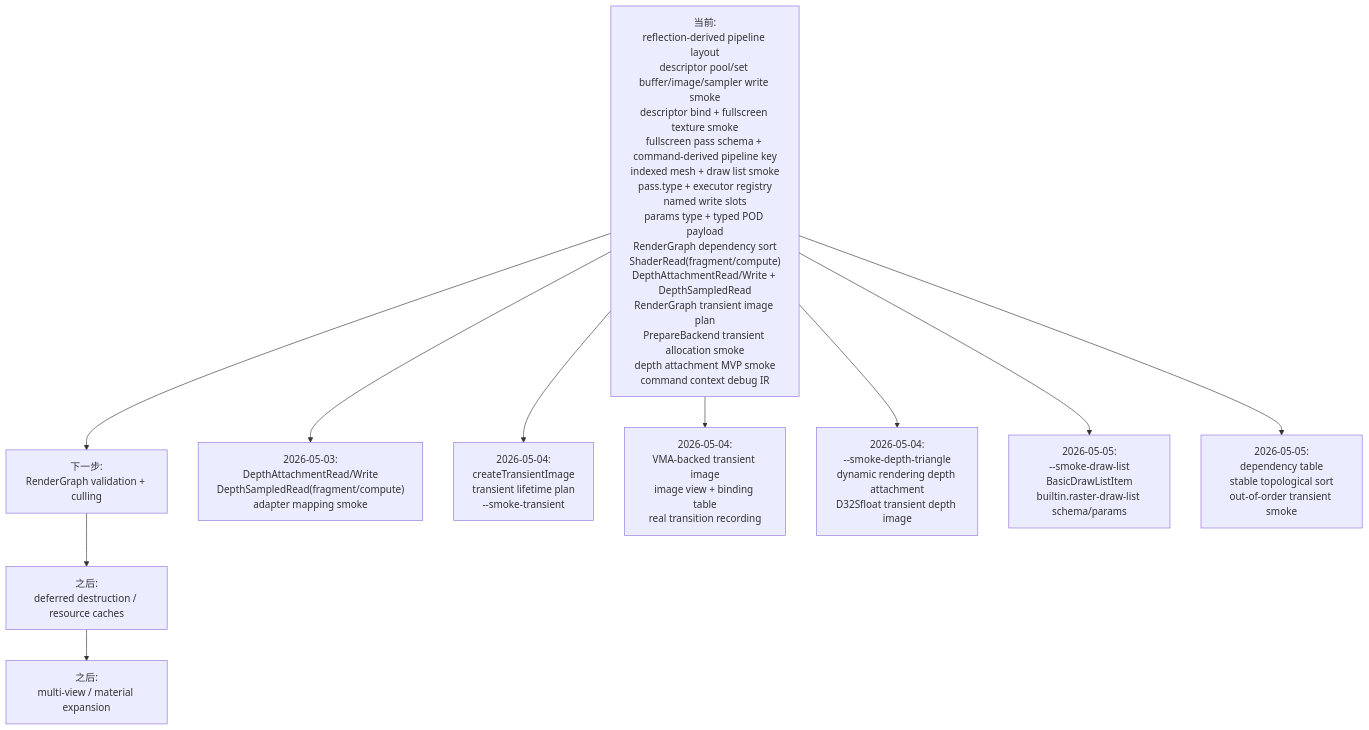
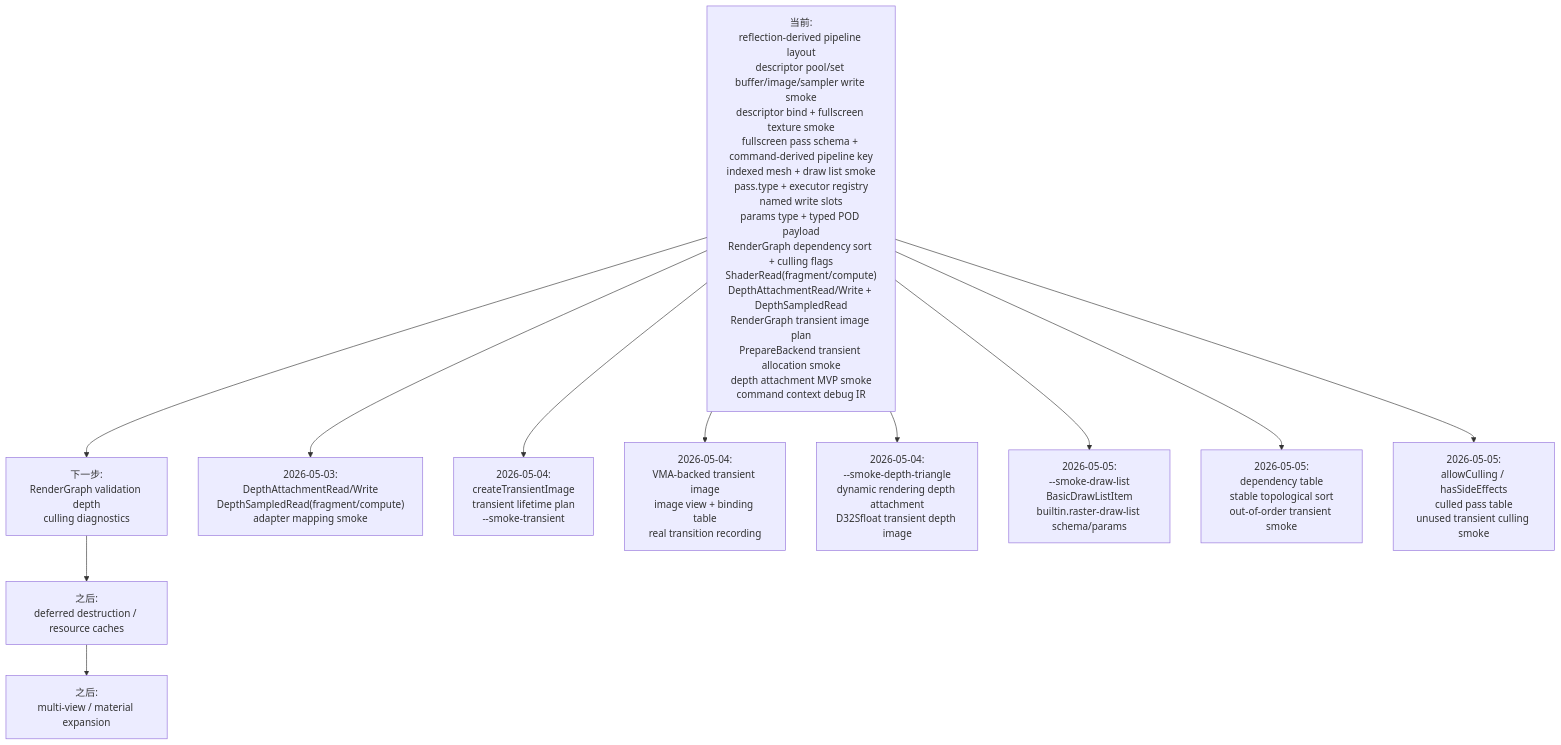
Before and after one commit to 66six11/Engine: diagram 14 of 14 in docs/flow-architecture.md, drawn with Mermaid. The commit also changed other lines of this file and 7 other files, not shown here.

Commit message:
feat(rendergraph): tighten graph validation and culling

````diff
--- a/docs/flow-architecture.md
+++ b/docs/flow-architecture.md
@@ -568,22 +572,24 @@
 ```mermaid
 flowchart TD
-    Now["当前:<br/>reflection-derived pipeline layout<br/>descriptor pool/set buffer/image/sampler write smoke<br/>descriptor bind + fullscreen texture smoke<br/>fullscreen pass schema + command-derived pipeline key<br/>indexed mesh + draw list smoke<br/>pass.type + executor registry<br/>named write slots<br/>params type + typed POD payload<br/>RenderGraph dependency sort<br/>ShaderRead(fragment/compute)<br/>DepthAttachmentRead/Write + DepthSampledRead<br/>RenderGraph transient image plan<br/>PrepareBackend transient allocation smoke<br/>depth attachment MVP smoke<br/>command context debug IR"]
-    Step1["下一步:<br/>RenderGraph validation + culling"]
+    Now["当前:<br/>reflection-derived pipeline layout<br/>descriptor pool/set buffer/image/sampler write smoke<br/>descriptor bind + fullscreen texture smoke<br/>fullscreen pass schema + command-derived pipeline key<br/>indexed mesh + draw list smoke<br/>pass.type + executor registry<br/>named write slots<br/>params type + typed POD payload<br/>RenderGraph dependency sort + culling flags<br/>ShaderRead(fragment/compute)<br/>DepthAttachmentRead/Write + DepthSampledRead<br/>RenderGraph transient image plan<br/>PrepareBackend transient allocation smoke<br/>depth attachment MVP smoke<br/>command context debug IR"]
+    Step1["下一步:<br/>RenderGraph validation depth<br/>culling diagnostics"]
     Step2["之后:<br/>deferred destruction / resource caches"]
     Step3["之后:<br/>multi-view / material expansion"]
 
     Now --> Step1 --> Step2 --> Step3
 
     DepthStateUpdate["2026-05-03:<br/>DepthAttachmentRead/Write<br/>DepthSampledRead(fragment/compute)<br/>adapter mapping smoke"]
     Now --> DepthStateUpdate
     TransientUpdate["2026-05-04:<br/>createTransientImage<br/>transient lifetime plan<br/>--smoke-transient"]
     Now --> TransientUpdate
     TransientVkUpdate["2026-05-04:<br/>VMA-backed transient image<br/>image view + binding table<br/>real transition recording"]
     Now --> TransientVkUpdate
     DepthTriangleUpdate["2026-05-04:<br/>--smoke-depth-triangle<br/>dynamic rendering depth attachment<br/>D32Sfloat transient depth image"]
     Now --> DepthTriangleUpdate
     DrawListUpdate["2026-05-05:<br/>--smoke-draw-list<br/>BasicDrawListItem<br/>builtin.raster-draw-list schema/params"]
     Now --> DrawListUpdate
     DependencySortUpdate["2026-05-05:<br/>dependency table<br/>stable topological sort<br/>out-of-order transient smoke"]
     Now --> DependencySortUpdate
+    CullingUpdate["2026-05-05:<br/>allowCulling / hasSideEffects<br/>culled pass table<br/>unused transient culling smoke"]
+    Now --> CullingUpdate
 ```
````
